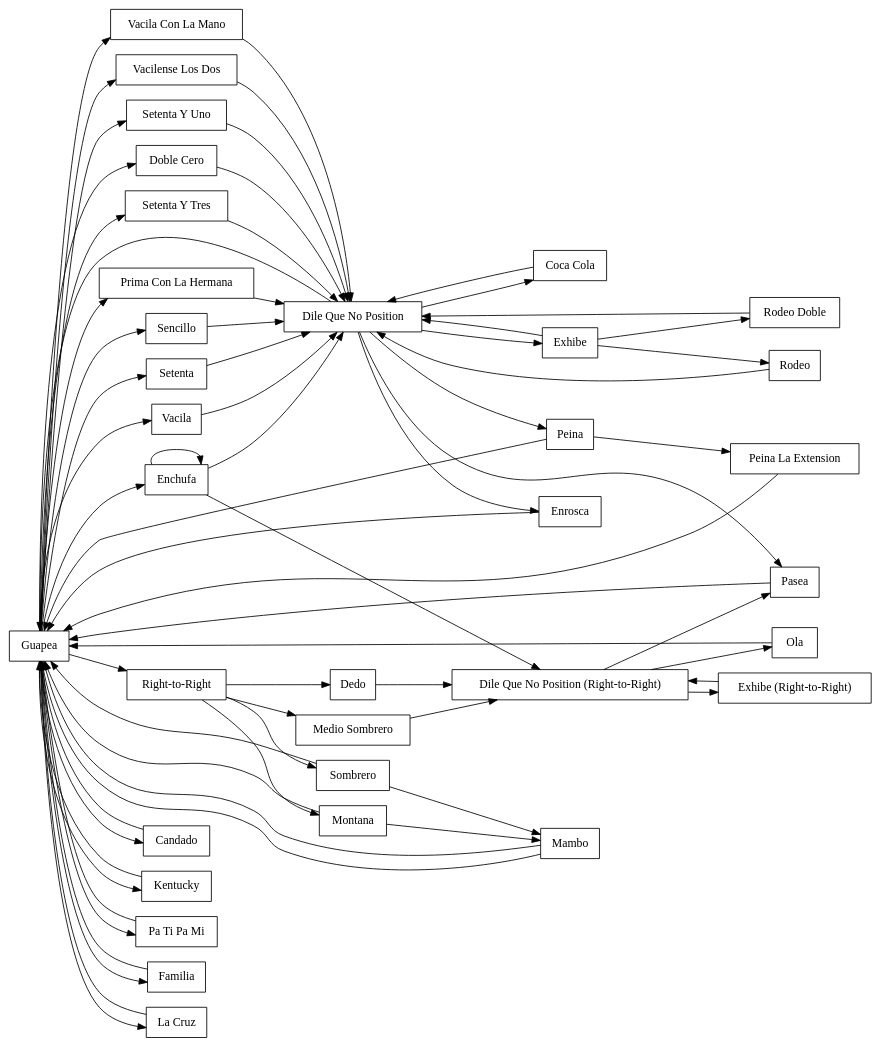
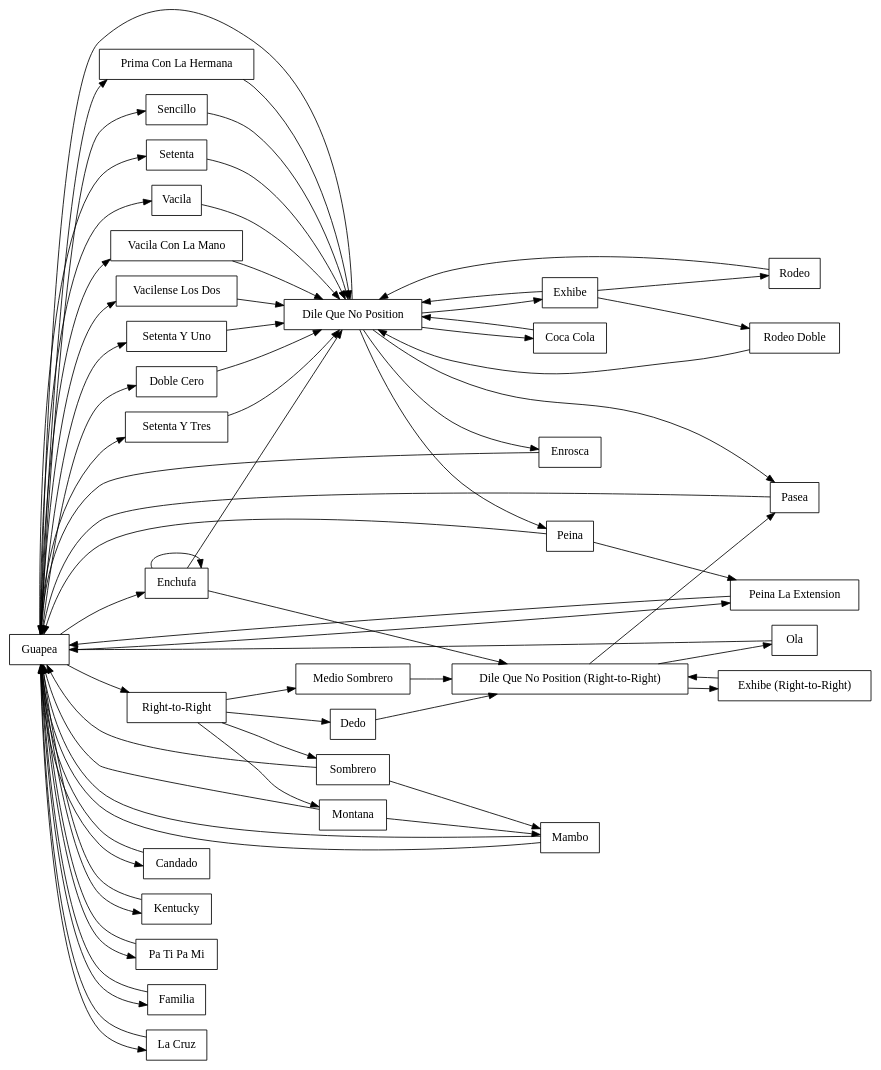
Before and after one commit to adharsh/Salsa: the diagram in social.dot, drawn with Graphviz. The commit also changed 4 other files, not shown here.

Commit message:
Added more flexibility to peina la extension

```diff
--- a/social.dot
+++ b/social.dot
@@ -1,98 +1,99 @@
 
 /*
 Example choreographies:
 - peina, peina la extension (turn myself, turn partner), pa ti pa mi
 - echufa, enchufa, exhibe rodeo (or rodeo double), peina
 
 Notes
 - Guapea can be skipped
 - Rueda moves, add *, can be disabled
 
 Others:
 - https://bachatasteps.com/?topic=salsa&options=newest
 - https://www.makelinux.net/salsa/
 - guapea -> familia -> guapea, does it end in dilequeno?
 - tf is traslado?
 - la cruz ends in dile que no position or guapea?
 - exhibe (right-to-right), only option is pasea?
 
 - Can all dile que no positions can be right-to-right?
 - Should I add back in closed position moves?
    - Which implies after any dile que no closed position?
 
 */
 
 digraph SalsaDanceMoves {
   rankdir=LR; 
   node [shape=box];
   edge [color=black];
 
   // Level 1
   Guapea -> Enchufa;
   Enchufa -> "Dile Que No Position";
   Enchufa -> "Dile Que No Position (Right-to-Right)";
   "Dile Que No Position" -> Guapea;
   "Dile Que No Position" -> Exhibe;
   "Dile Que No Position" -> Pasea;
   "Dile Que No Position (Right-to-Right)" -> Pasea;
   Pasea -> Guapea;
   Exhibe -> "Dile Que No Position";
   
   // Closed Position - usually only in beginning, so commented out
   // "Dile Que No Position" -> "Closed Position";
   // "Closed Position" -> "Caminamos Arriba" -> "Caminamos Abajo";
   // "Closed Position" -> "Caminamos Abajo" -> "Caminamos Arriba";
   // "Caminamos Arriba" -> Basico;
   // "Caminamos Abajo" -> Basico;
   // "Caminamos Arriba" -> "Lleva Abajo";
   // "Caminamos Abajo" -> "Lleva Abajo";
   // "Lleva Abajo" -> Exhibe;
 
   // Level 2a
   Enchufa -> Enchufa;
   Guapea -> Candado -> Guapea;
   Guapea -> Kentucky -> Guapea;
   Guapea -> "Pa Ti Pa Mi" -> Guapea;
 
   // Level 2b
   Guapea -> "Prima Con La Hermana" -> "Dile Que No Position";
   Guapea -> Familia -> Guapea;
 
   // Level 2c
   Exhibe -> Rodeo -> "Dile Que No Position";
   Exhibe -> "Rodeo Doble" -> "Dile Que No Position";
   Guapea -> "La Cruz" -> Guapea;
 
   // Level 2d
   Guapea -> Sencillo -> "Dile Que No Position";
   Guapea -> Setenta -> "Dile Que No Position";
   //"Dile Que No Position" -> "Flare - Leader Left Arm Extension" -> Guapea;
 
   // Level 3a
   Guapea -> Vacila -> "Dile Que No Position";
   Guapea -> "Vacila Con La Mano" -> "Dile Que No Position";
   Guapea -> "Vacilense Los Dos" -> "Dile Que No Position";
   Guapea -> "Right-to-Right";
   "Right-to-Right" -> "Medio Sombrero" -> "Dile Que No Position (Right-to-Right)";
   "Dile Que No Position (Right-to-Right)" -> "Exhibe (Right-to-Right)" -> "Dile Que No Position (Right-to-Right)";
 
   // Level 3b
   "Right-to-Right" -> Sombrero -> Guapea;
   Sombrero -> Mambo -> Guapea;
   "Dile Que No Position (Right-to-Right)" -> Ola -> Guapea;
   "Right-to-Right" -> Dedo -> "Dile Que No Position (Right-to-Right)";
   "Right-to-Right" -> Montana -> Guapea;
   Montana -> Mambo -> Guapea;
   //"Dile Que No Position (Right-to-Right)" -> "Flare - Leader Left Arm Extension" -> "Dile Que No Position (Right-to-Right)";
 
   // Level 3c
   "Dile Que No Position" -> Peina -> Guapea;
-  Peina -> "Peina La Extension" -> Guapea;
+  Peina -> "Peina La Extension";
+  Guapea -> "Peina La Extension" -> Guapea;
   "Dile Que No Position" -> Enrosca -> Guapea;
   Guapea -> "Setenta Y Uno" -> "Dile Que No Position";
   "Dile Que No Position" -> "Coca Cola" -> "Dile Que No Position";
 
   // Level 3d
   Guapea -> "Doble Cero" -> "Dile Que No Position";
   Guapea -> "Setenta Y Tres" -> "Dile Que No Position";
 }
```
